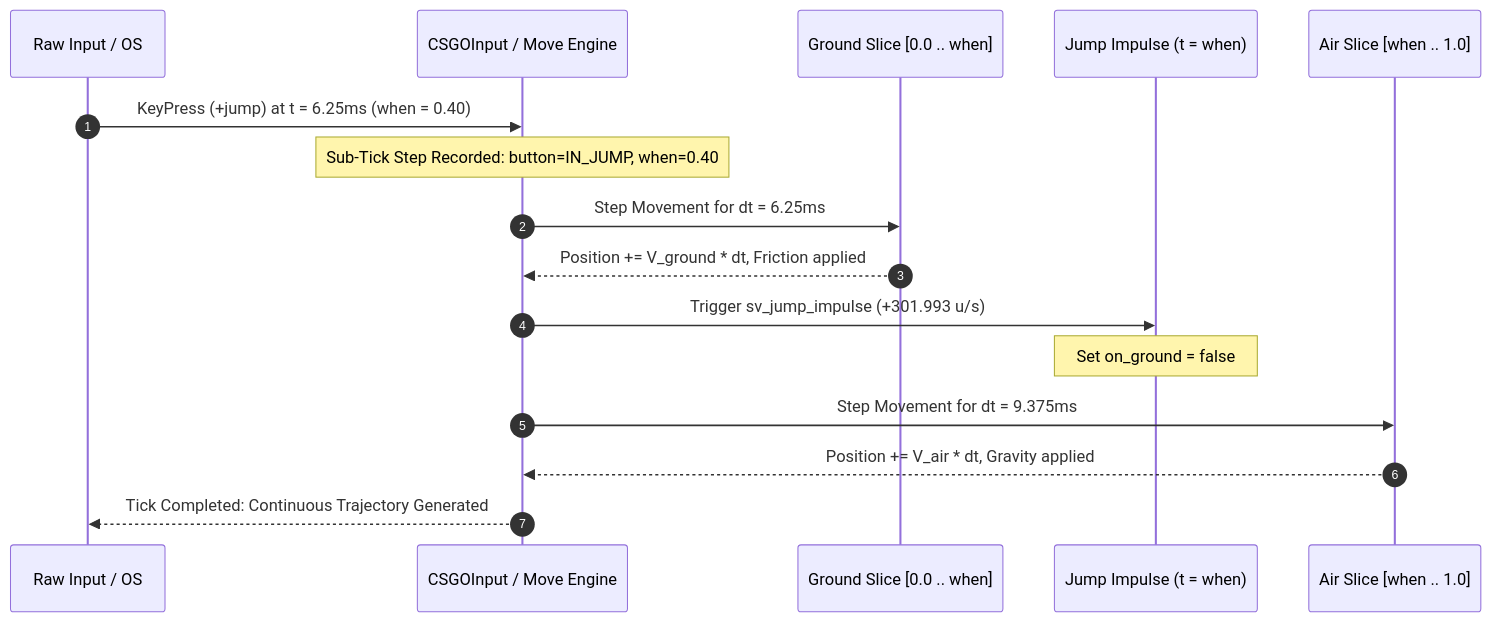
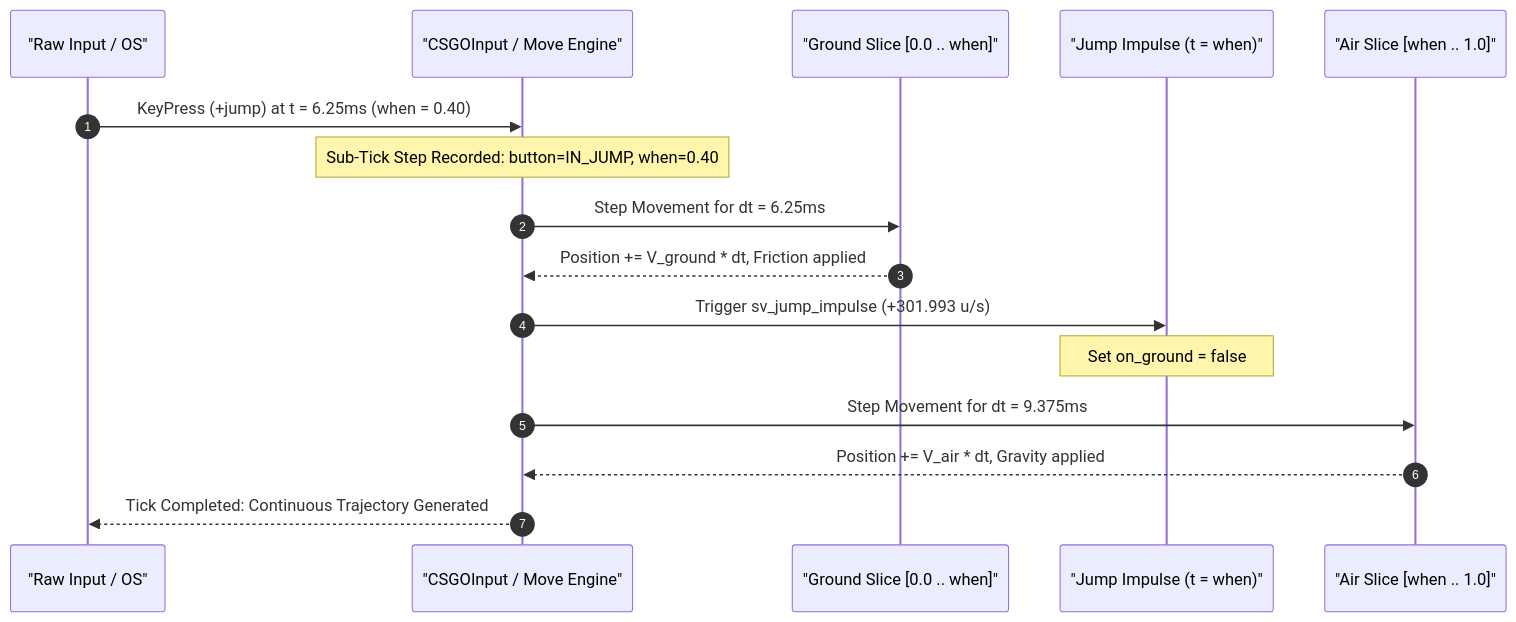
Before and after one commit to Hanzkii/cs2-reverse: the second of 2 diagrams in docs/03_subtick_usercmd_and_prediction.md, drawn with Mermaid. The commit also changed 17 other files, not shown here.

Commit message:
fix(docs): quote Mermaid sequence diagram participant labels across all documentation

````diff
--- a/docs/03_subtick_usercmd_and_prediction.md
+++ b/docs/03_subtick_usercmd_and_prediction.md
@@ -94,19 +94,19 @@
 ```mermaid
 sequenceDiagram
     autonumber
-    participant ClientOS as Raw Input / OS
-    participant CSGOInput as CSGOInput / Move Engine
-    participant GroundPhysics as Ground Slice [0.0 .. when]
-    participant Impulse as Jump Impulse (t = when)
-    participant AirPhysics as Air Slice [when .. 1.0]
+    participant ClientOS as "Raw Input / OS"
+    participant CSGOInput as "CSGOInput / Move Engine"
+    participant GroundPhysics as "Ground Slice [0.0 .. when]"
+    participant Impulse as "Jump Impulse (t = when)"
+    participant AirPhysics as "Air Slice [when .. 1.0]"
 
     ClientOS->>CSGOInput: KeyPress (+jump) at t = 6.25ms (when = 0.40)
     Note over CSGOInput: Sub-Tick Step Recorded: button=IN_JUMP, when=0.40
     CSGOInput->>GroundPhysics: Step Movement for dt = 6.25ms
     GroundPhysics-->>CSGOInput: Position += V_ground * dt, Friction applied
     CSGOInput->>Impulse: Trigger sv_jump_impulse (+301.993 u/s)
     Note over Impulse: Set on_ground = false
     CSGOInput->>AirPhysics: Step Movement for dt = 9.375ms
     AirPhysics-->>CSGOInput: Position += V_air * dt, Gravity applied
     CSGOInput-->>ClientOS: Tick Completed: Continuous Trajectory Generated
 ```
````
